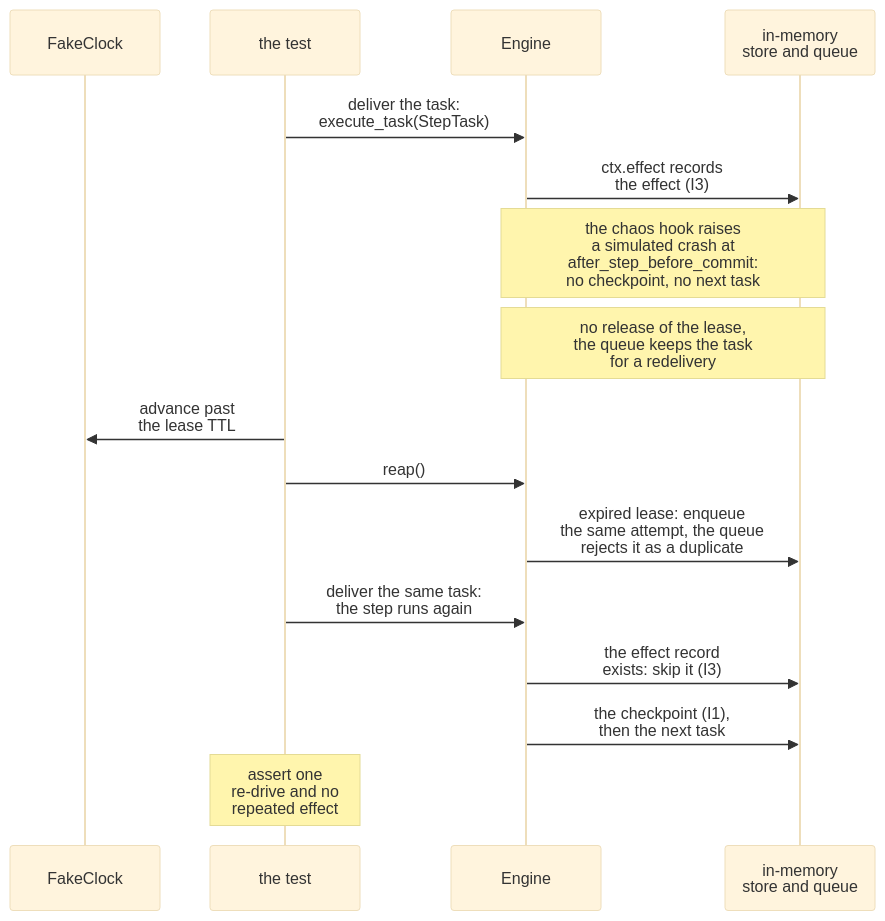
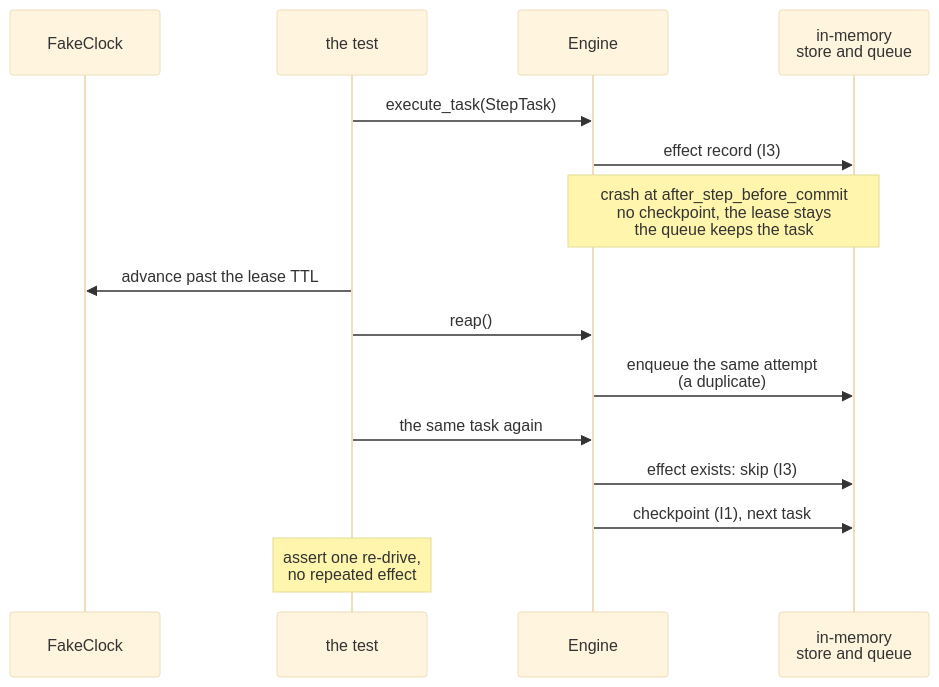
Before and after one commit to aniryou/full-stack-agentic-engineer: the second of 2 diagrams in 07-application-agent-framework/long-running-durable/lra-gcp/docs/primer.md, drawn with Mermaid (base theme). The commit also changed other lines of this file and 93 other files, not shown here.

````diff
--- a/07-application-agent-framework/long-running-durable/lra-gcp/docs/primer.md
+++ b/07-application-agent-framework/long-running-durable/lra-gcp/docs/primer.md
@@ -419,18 +439,17 @@
 ```mermaid
 sequenceDiagram
     participant K as FakeClock
     participant T as the test
     participant E as Engine
     participant S as in-memory<br/>store and queue
-    T->>E: deliver the task:<br/>execute_task(StepTask)
-    E->>S: ctx.effect records<br/>the effect (I3)
-    Note over E,S: the chaos hook raises<br/>a simulated crash at<br/>after_step_before_commit:<br/>no checkpoint, no next task
-    Note over E,S: no release of the lease,<br/>the queue keeps the task<br/>for a redelivery
-    T->>K: advance past<br/>the lease TTL
+    T->>E: execute_task(StepTask)
+    E->>S: effect record (I3)
+    Note over E,S: crash at after_step_before_commit<br/>no checkpoint, the lease stays<br/>the queue keeps the task
+    T->>K: advance past the lease TTL
     T->>E: reap()
-    E->>S: expired lease: enqueue<br/>the same attempt, the queue<br/>rejects it as a duplicate
-    T->>E: deliver the same task:<br/>the step runs again
-    E->>S: the effect record<br/>exists: skip it (I3)
-    E->>S: the checkpoint (I1),<br/>then the next task
-    Note over T: assert one<br/>re-drive and no<br/>repeated effect
+    E->>S: enqueue the same attempt<br/>(a duplicate)
+    T->>E: the same task again
+    E->>S: effect exists: skip (I3)
+    E->>S: checkpoint (I1), next task
+    Note over T: assert one re-drive,<br/>no repeated effect
 ```
````
